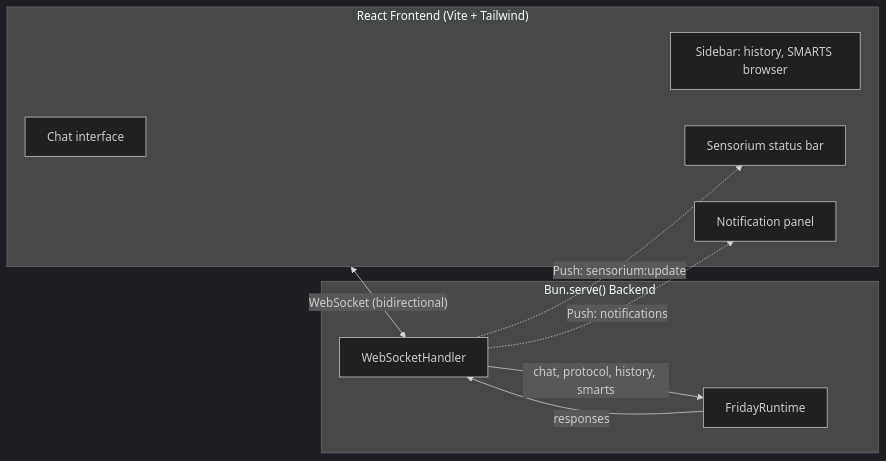
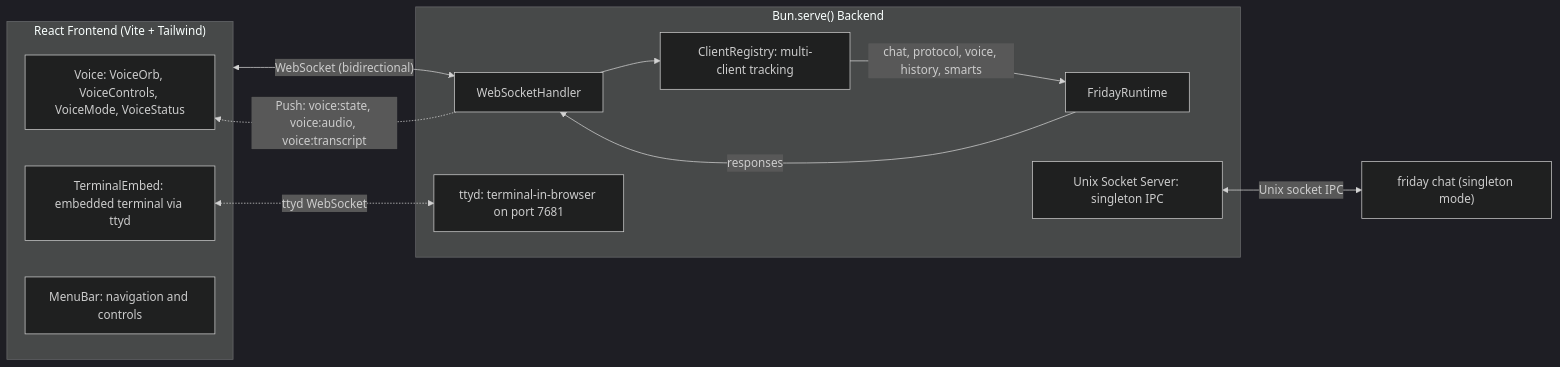
One commit to byronmcclain/friday changed diagram 12 of 20 in README.md. Above: the diagram before and after it, drawn with Mermaid (dark theme). The commit also changed other lines of this file and 1 other file, not shown here.

````diff
--- a/README.md
+++ b/README.md
@@ -452,20 +452,24 @@
 ```mermaid
 flowchart LR
     subgraph Browser ["React Frontend (Vite + Tailwind)"]
-        CHAT[Chat interface]
-        SIDE[Sidebar: history, SMARTS browser]
-        SENSOR[Sensorium status bar]
-        NOTIF[Notification panel]
+        VOICE[Voice: VoiceOrb, VoiceControls, VoiceMode, VoiceStatus]
+        TERM[TerminalEmbed: embedded terminal via ttyd]
+        MENU[MenuBar: navigation and controls]
     end
 
     subgraph Server ["Bun.serve() Backend"]
         WS[WebSocketHandler]
+        CR[ClientRegistry: multi-client tracking]
         RT[FridayRuntime]
+        SOCK[Unix Socket Server: singleton IPC]
+        TTYD[ttyd: terminal-in-browser on port 7681]
     end
 
     Browser <-->|"WebSocket (bidirectional)"| WS
-    WS -->|"chat, protocol, history, smarts"| RT
+    WS --> CR
+    CR -->|"chat, protocol, voice, history, smarts"| RT
     RT -->|"responses"| WS
-    WS -.->|"Push: sensorium:update"| SENSOR
-    WS -.->|"Push: notifications"| NOTIF
+    WS -.->|"Push: voice:state, voice:audio, voice:transcript"| VOICE
+    TERM <-.->|"ttyd WebSocket"| TTYD
+    SOCK <-->|"Unix socket IPC"| TUI["friday chat (singleton mode)"]
 ```
````
